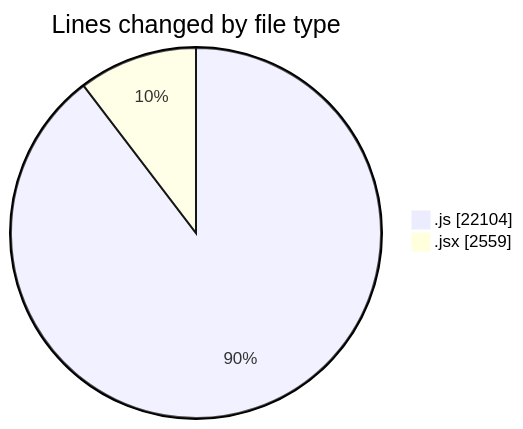
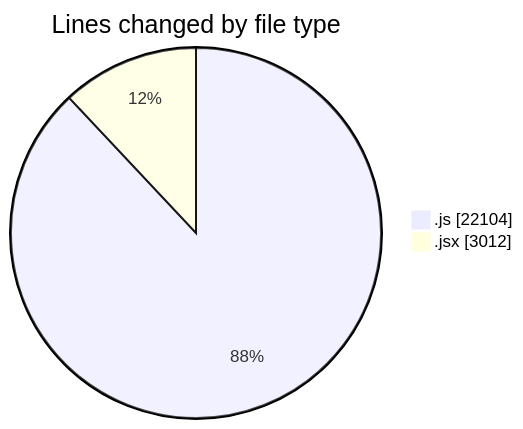
The first of 2 diagrams in 2025-09-30/nxtqube_webapp/README.md (nxtqubesakshisongat/code-tracking), drawn with Mermaid before and after one commit. The commit also changed other lines of this file and 1 other file, not shown here.

````diff
--- a/2025-09-30/nxtqube_webapp/README.md
+++ b/2025-09-30/nxtqube_webapp/README.md
@@ -23,6 +23,6 @@
 ```mermaid
 pie showData
 title Lines changed by file type
 ".js" : 22104
-".jsx" : 2559
+".jsx" : 3012
 ```
````
